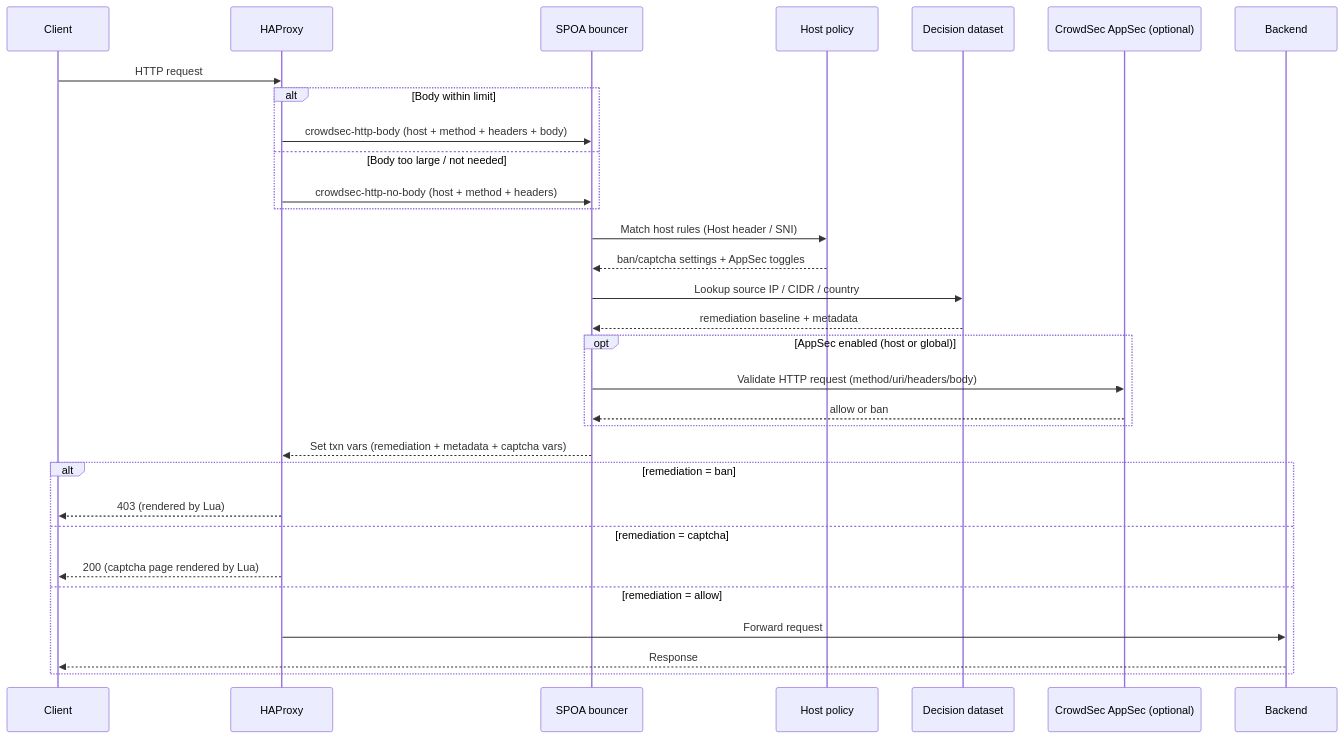
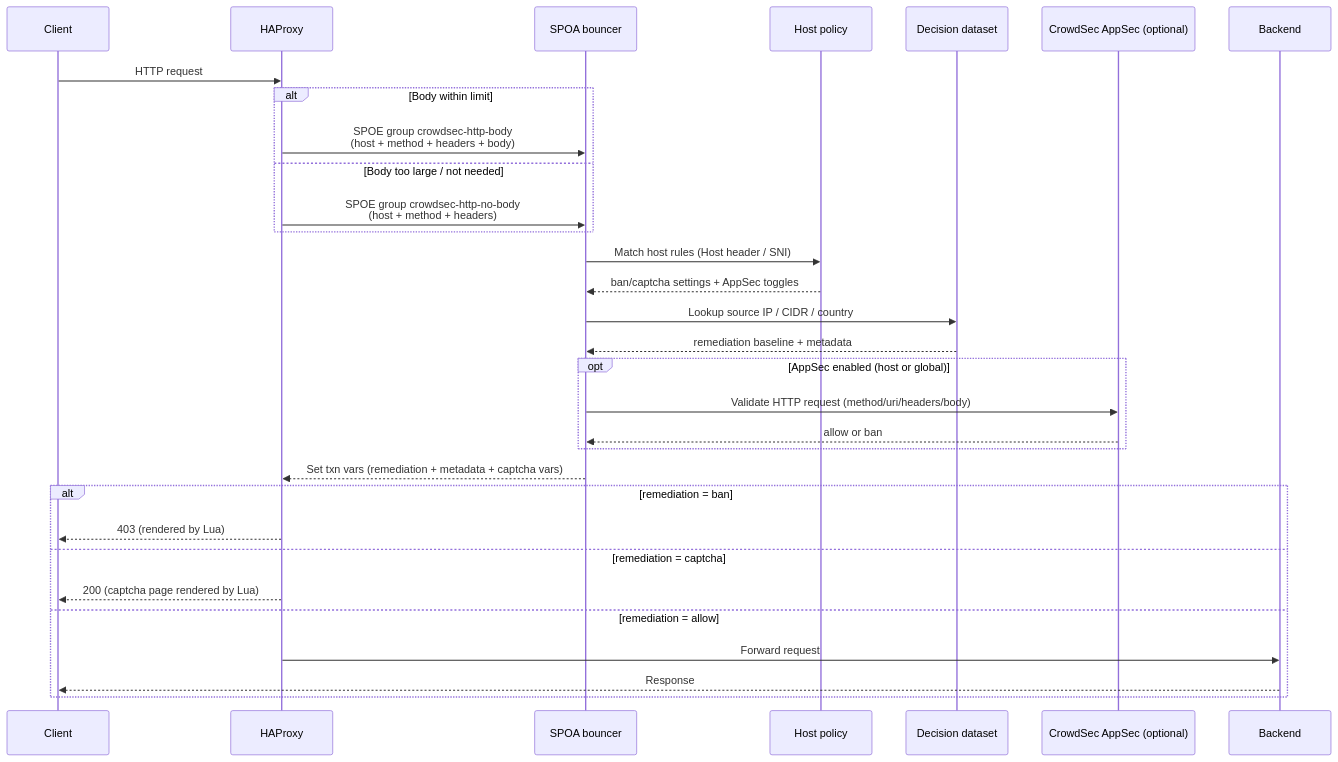
Before and after one commit to crowdsecurity/cs-haproxy-spoa-bouncer: the fourth of 7 diagrams in README.md, drawn with Mermaid. The commit also changed other lines of this file, not shown here.

Commit message:
docs: clarify SPOE groups in flow

````diff
--- a/README.md
+++ b/README.md
@@ -94,37 +95,37 @@
 ```mermaid
 sequenceDiagram
     participant Client
     participant HAProxy
     participant SPOA as SPOA bouncer
     participant Policy as Host policy
     participant Dataset as Decision dataset
     participant AppSec as CrowdSec AppSec (optional)
     participant Backend
 
     Client->>HAProxy: HTTP request
     alt Body within limit
-        HAProxy->>SPOA: crowdsec-http-body (host + method + headers + body)
+        HAProxy->>SPOA: SPOE group crowdsec-http-body<br/>(host + method + headers + body)
     else Body too large / not needed
-        HAProxy->>SPOA: crowdsec-http-no-body (host + method + headers)
+        HAProxy->>SPOA: SPOE group crowdsec-http-no-body<br/>(host + method + headers)
     end
     SPOA->>Policy: Match host rules (Host header / SNI)
     Policy-->>SPOA: ban/captcha settings + AppSec toggles
     SPOA->>Dataset: Lookup source IP / CIDR / country
     Dataset-->>SPOA: remediation baseline + metadata
 
     opt AppSec enabled (host or global)
         SPOA->>AppSec: Validate HTTP request (method/uri/headers/body)
         AppSec-->>SPOA: allow or ban
     end
 
     SPOA-->>HAProxy: Set txn vars (remediation + metadata + captcha vars)
 
     alt remediation = ban
         HAProxy-->>Client: 403 (rendered by Lua)
     else remediation = captcha
         HAProxy-->>Client: 200 (captcha page rendered by Lua)
     else remediation = allow
         HAProxy->>Backend: Forward request
         Backend-->>Client: Response
     end
 ```
````
